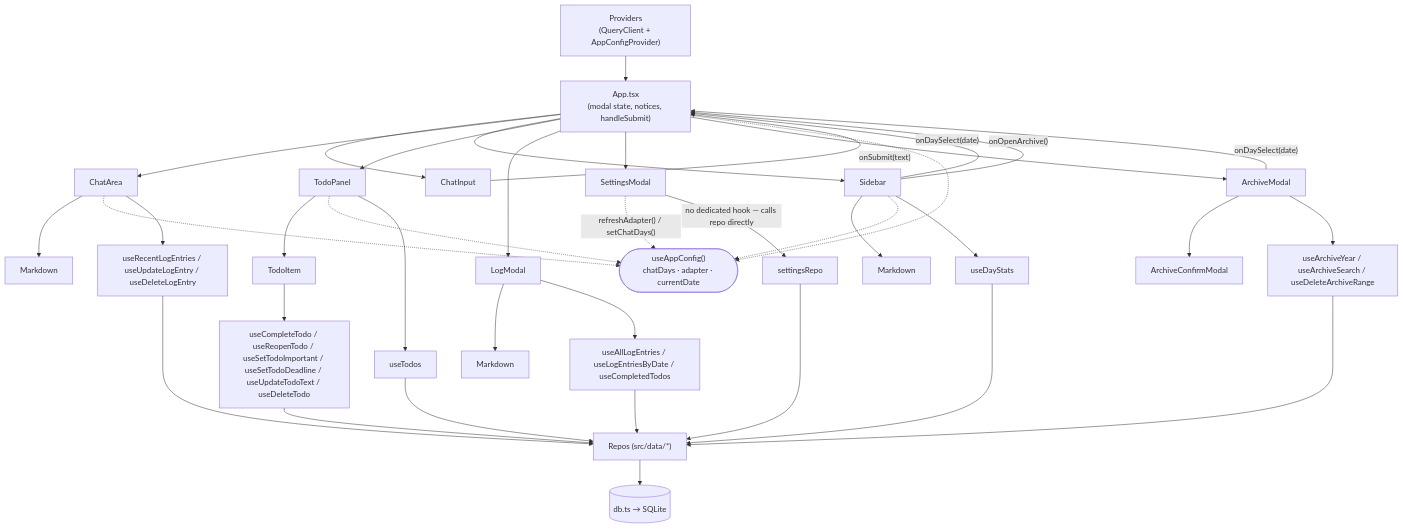
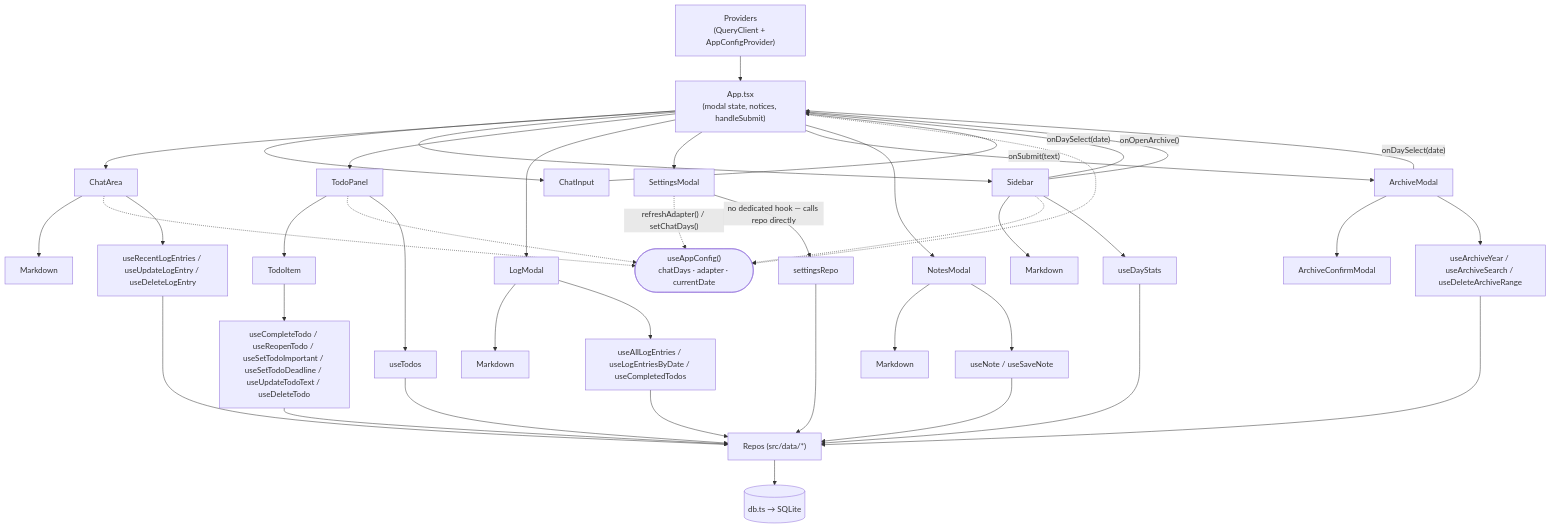
Before and after one commit to rbipin/caplog: the fourth of 7 diagrams in docs/ARCHITECTURE.md, drawn with Mermaid. The commit also changed other lines of this file and 20 other files, not shown here.

````diff
--- a/docs/ARCHITECTURE.md
+++ b/docs/ARCHITECTURE.md
@@ -198,53 +210,57 @@
 ```mermaid
 flowchart TB
     App["App.tsx\n(modal state, notices, handleSubmit)"]
     Providers["Providers\n(QueryClient + AppConfigProvider)"]
     Cfg(["useAppConfig()\nchatDays · adapter · currentDate"])
 
     Providers --> App
 
     App --> ChatInput
     App --> ChatArea
     App --> Sidebar
     App --> TodoPanel
     App --> LogModal
     App --> SettingsModal
     App --> ArchiveModal
+    App --> NotesModal
 
     ChatInput -- "onSubmit(text)" --> App
 
     ChatArea --> Markdown1["Markdown"]
     Sidebar --> Markdown2["Markdown"]
     LogModal --> Markdown3["Markdown"]
+    NotesModal --> Markdown4["Markdown"]
     TodoPanel --> TodoItem
 
     ArchiveModal --> ArchiveConfirmModal
 
     Sidebar -- "onDaySelect(date)" --> App
     ArchiveModal -- "onDaySelect(date)" --> App
     Sidebar -- "onOpenArchive()" --> App
 
     ChatArea -.-> Cfg
     Sidebar -.-> Cfg
     TodoPanel -.-> Cfg
     App -.-> Cfg
     SettingsModal -. "refreshAdapter() / setChatDays()" .-> Cfg
 
     ChatArea --> HooksLog["useRecentLogEntries / useUpdateLogEntry / useDeleteLogEntry"]
     Sidebar --> HooksStats["useDayStats"]
     TodoPanel --> HooksTodo1["useTodos"]
     TodoItem --> HooksTodo2["useCompleteTodo / useReopenTodo / useSetTodoImportant / useSetTodoDeadline / useUpdateTodoText / useDeleteTodo"]
     LogModal --> HooksAll["useAllLogEntries / useLogEntriesByDate / useCompletedTodos"]
     ArchiveModal --> HooksArchive["useArchiveYear / useArchiveSearch / useDeleteArchiveRange"]
+    NotesModal --> HooksNote["useNote / useSaveNote"]
     SettingsModal -- "no dedicated hook — calls repo directly" --> SettingsRepo["settingsRepo"]
 
     HooksLog --> Repos["Repos (src/data/*)"]
     HooksStats --> Repos
     HooksTodo1 --> Repos
     HooksTodo2 --> Repos
     HooksAll --> Repos
+    HooksNote --> Repos
     HooksArchive --> Repos
     SettingsRepo --> Repos
 
     Repos --> DB[("db.ts → SQLite")]
 ```
````
